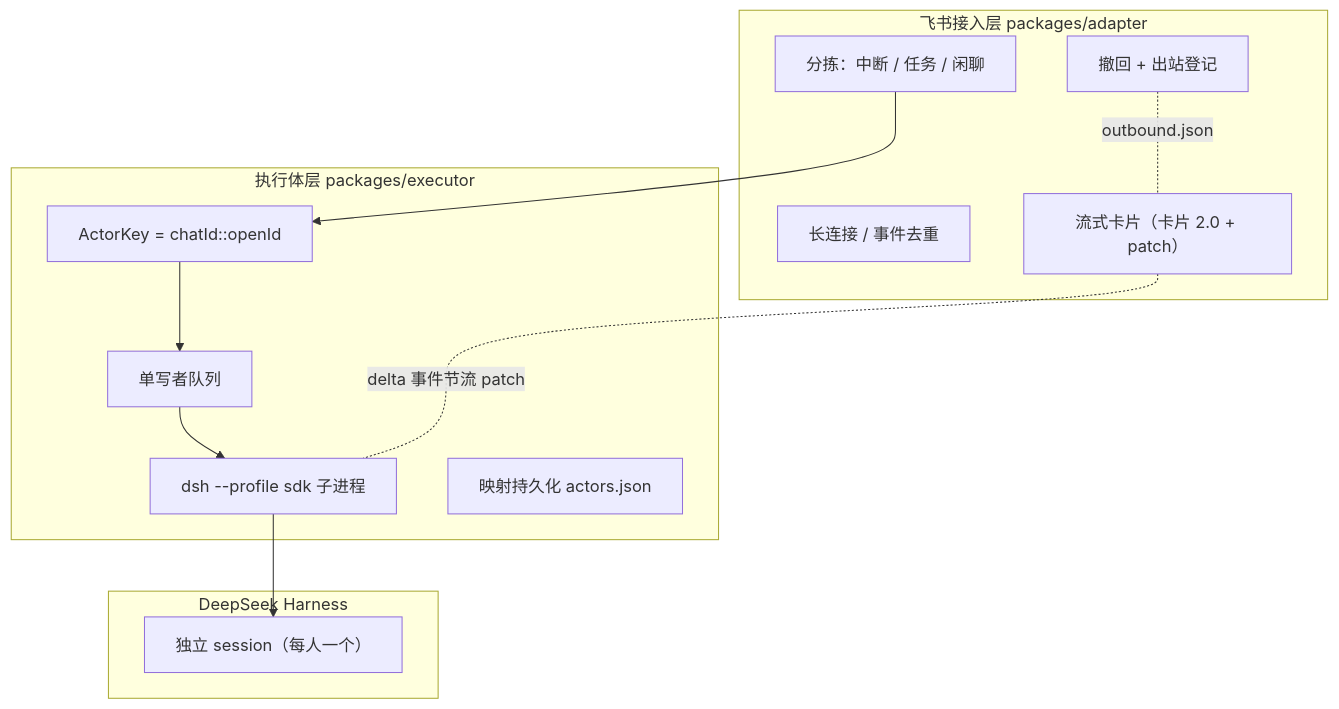
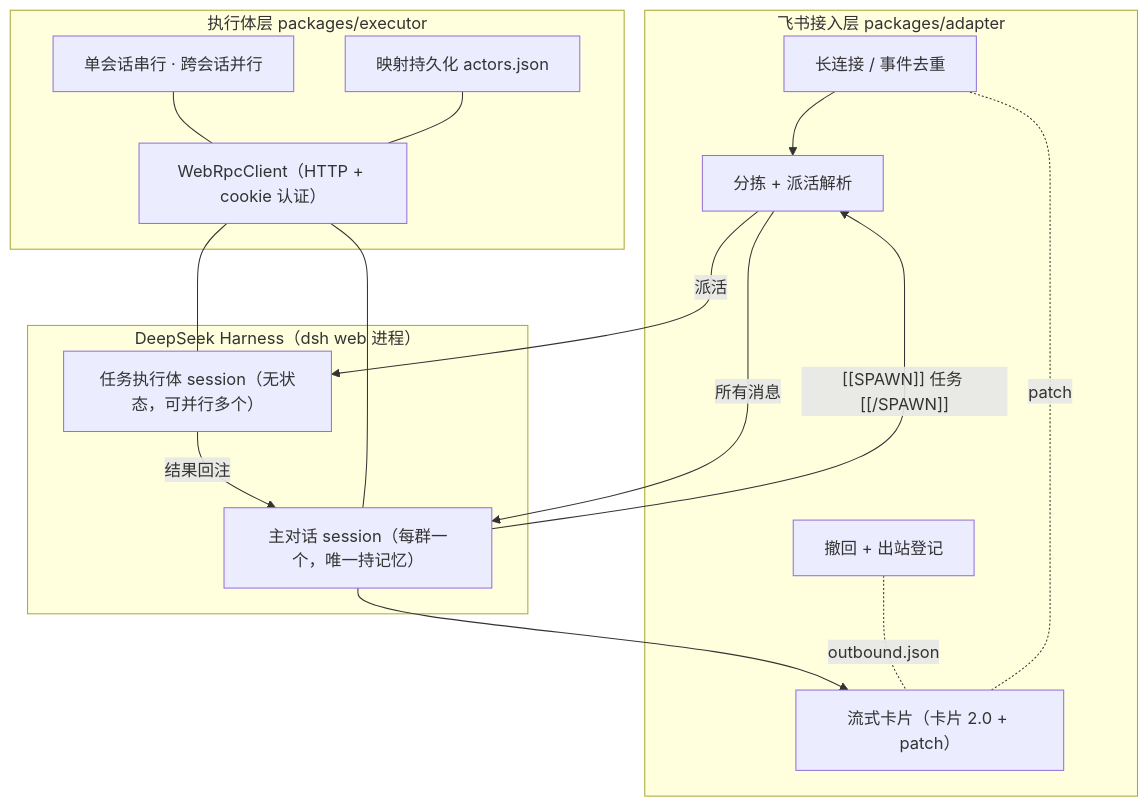
Before and after one commit to ZhaoBody/feishu-dsh-connector: the diagram in README.md, drawn with Mermaid. The commit also changed other lines of this file, not shown here.

First line of the commit message:
docs: README 同步新架构（主对话 + 派活 + 三层权限）

````diff
--- a/README.md
+++ b/README.md
@@ -17,24 +17,33 @@
 ```mermaid
 flowchart TB
   subgraph F["飞书接入层 packages/adapter"]
     L["长连接 / 事件去重"]
-    M["分拣：中断 / 任务 / 闲聊"]
+    M["分拣 + 派活解析"]
     C["流式卡片（卡片 2.0 + patch）"]
     R["撤回 + 出站登记"]
   end
 
   subgraph X["执行体层 packages/executor"]
-    K["ActorKey = chatId::openId"]
-    Q["单写者队列"]
-    P["dsh --profile sdk 子进程"]
+    H["WebRpcClient（HTTP + cookie 认证）"]
+    Q["单会话串行 · 跨会话并行"]
     S["映射持久化 actors.json"]
   end
 
-  subgraph D["DeepSeek Harness"]
-    A["独立 session（每人一个）"]
+  subgraph D["DeepSeek Harness（dsh web 进程）"]
+    MAIN["主对话 session（每群一个，唯一持记忆）"]
+    TASK["任务执行体 session（无状态，可并行多个）"]
   end
 
-  M --> K --> Q --> P --> A
-  C -. "delta 事件节流 patch" .- P
+  L --> M
+  M -->|"所有消息"| MAIN
+  MAIN -->|"[[SPAWN]] 任务 [[/SPAWN]]"| M
+  M -->|"派活"| TASK
+  TASK -->|"结果回注"| MAIN
+  MAIN --> C
+  C -. "patch" .- L
   R -. "outbound.json" .- C
+  H --- MAIN
+  H --- TASK
+  Q --- H
+  S --- H
 ```
````
